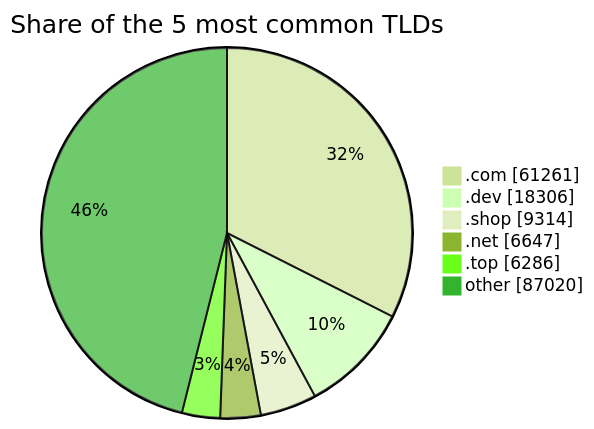
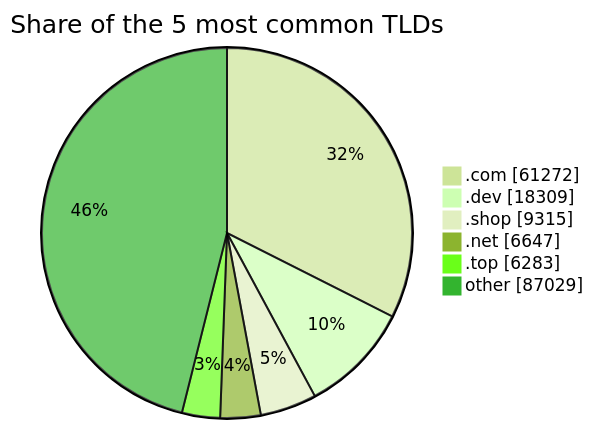
The third of 3 diagrams in README.md (DNSBunker/CTI), drawn with Mermaid (forest theme) before and after one commit. The commit also changed other lines of this file and 3 other files, not shown here.

````diff
--- a/README.md
+++ b/README.md
@@ -81,9 +81,9 @@
 ```mermaid
 pie showData title Share of the 5 most common TLDs
-    ".com" : 61261
-    ".dev" : 18306
-    ".shop" : 9314
+    ".com" : 61272
+    ".dev" : 18309
+    ".shop" : 9315
     ".net" : 6647
-    ".top" : 6286
-    "other" : 87020
+    ".top" : 6283
+    "other" : 87029
 ```
````
